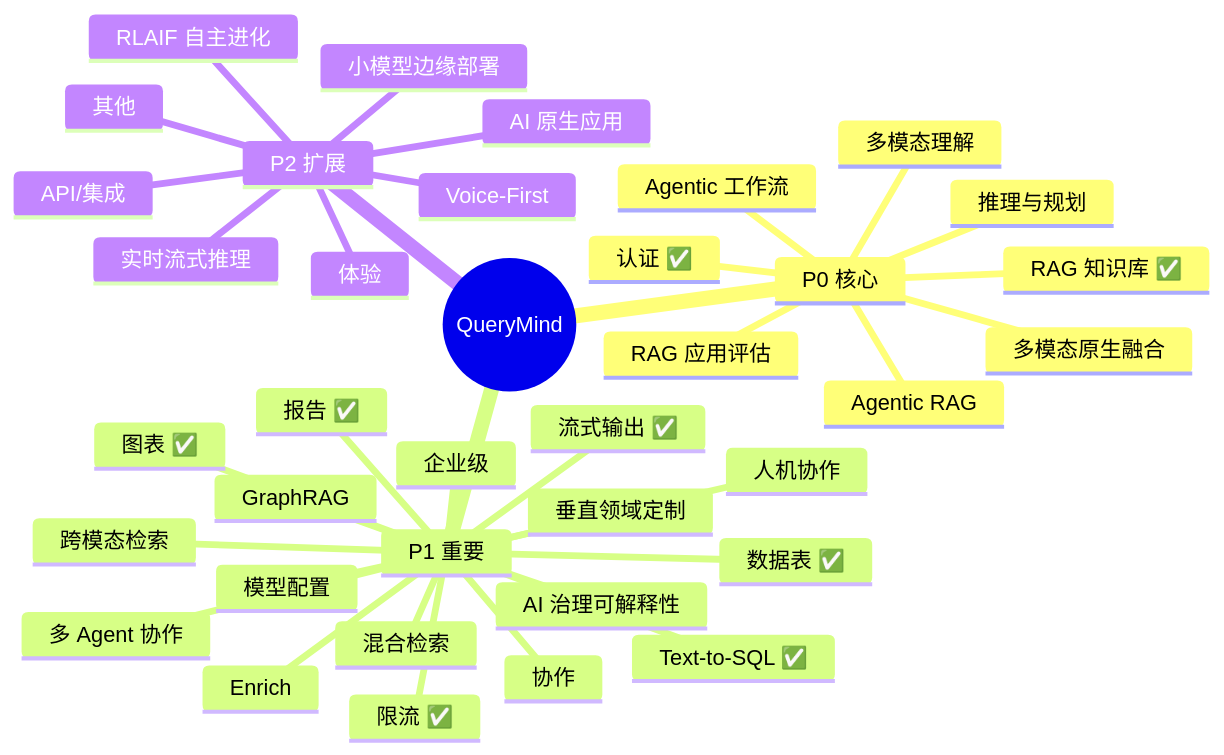
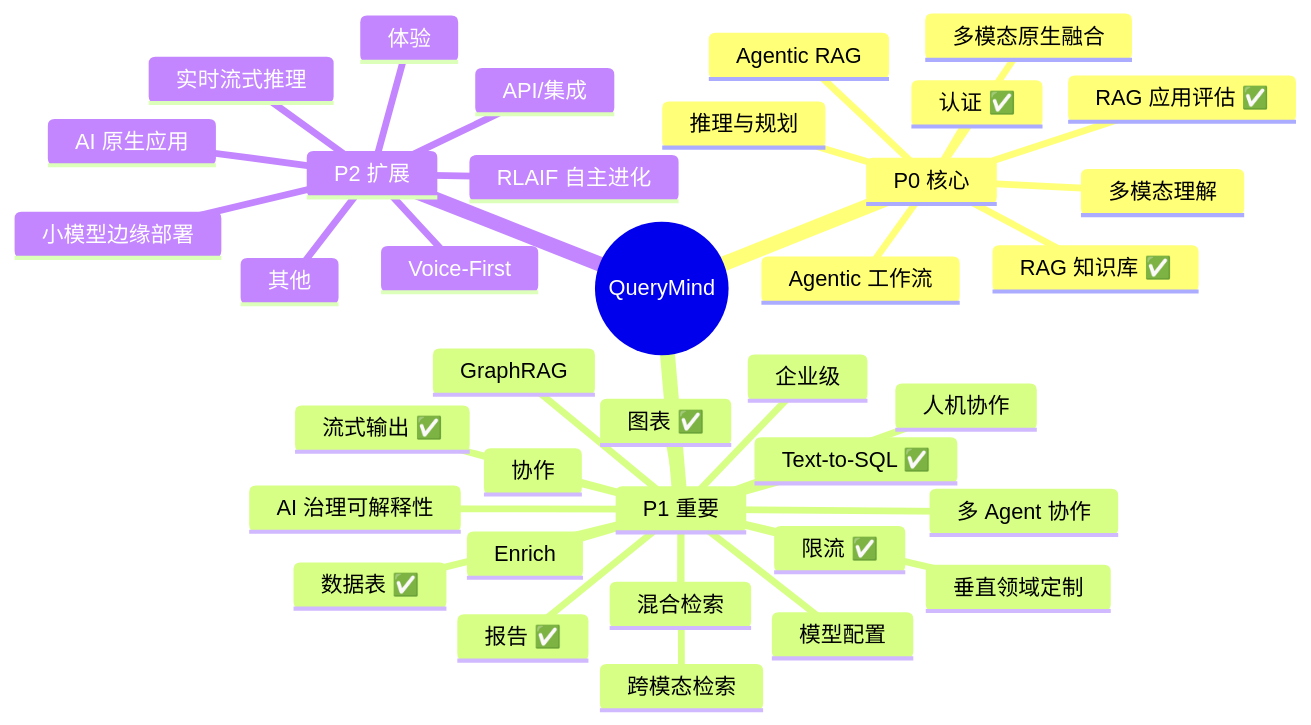
One commit to EarthShakers/query-mind changed the diagram in docs/PRODUCT_CAPABILITIES.md. Above: the diagram before and after it, drawn with Mermaid. The commit also changed other lines of this file and 4 other files, not shown here.

````diff
--- a/docs/PRODUCT_CAPABILITIES.md
+++ b/docs/PRODUCT_CAPABILITIES.md
@@ -41,40 +41,40 @@
 ```mermaid
 mindmap
   root((QueryMind))
     P0 核心
       RAG 知识库 ✅
-      RAG 应用评估
+      RAG 应用评估 ✅
       Agentic 工作流
       多模态理解
       认证 ✅
       Agentic RAG
       推理与规划
       多模态原生融合
     P1 重要
       报告 ✅
       跨模态检索
       图表 ✅
       Text-to-SQL ✅
       数据表 ✅
       协作
       限流 ✅
       企业级
       流式输出 ✅
       模型配置
       GraphRAG
       混合检索
       Enrich
       AI 治理可解释性
       多 Agent 协作
       垂直领域定制
       人机协作
     P2 扩展
       体验
       API/集成
       其他
       小模型边缘部署
       实时流式推理
       AI 原生应用
       Voice-First
       RLAIF 自主进化
 ```
````
